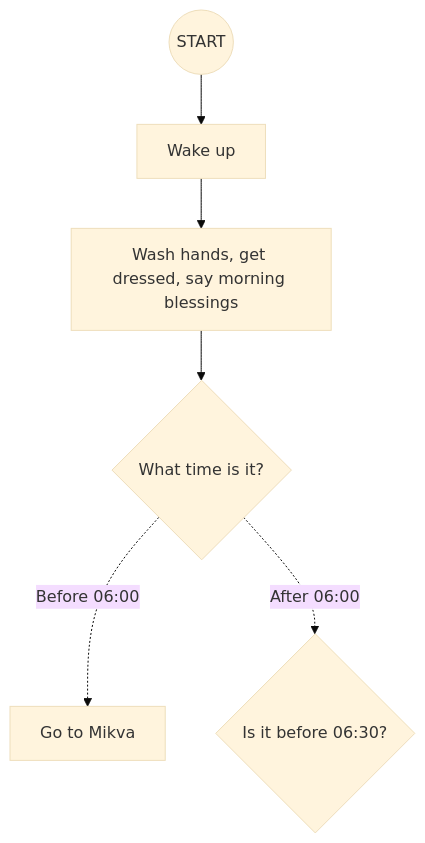
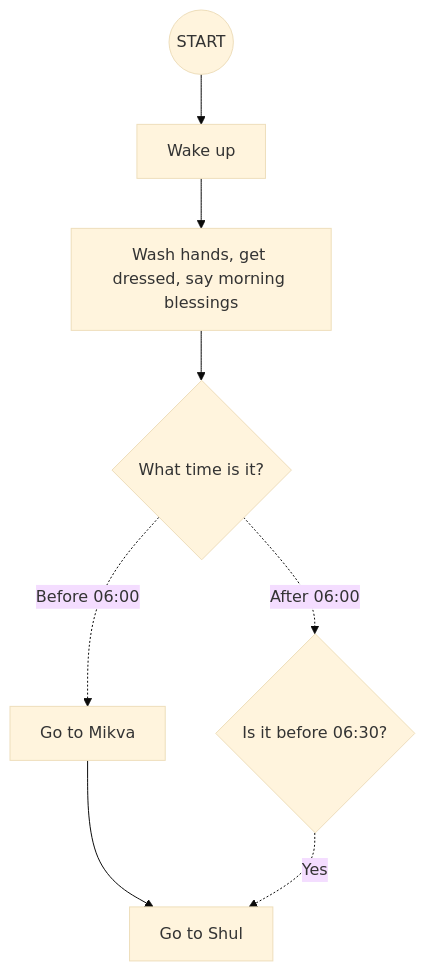
The diagram in Morning_Schedule_Flowchart.md (yusale9/student-showcase), drawn with Mermaid (base theme) before and after one commit.

````diff
--- a/Morning_Schedule_Flowchart.md
+++ b/Morning_Schedule_Flowchart.md
@@ -2,9 +2,11 @@
 ```mermaid
 flowchart TD;
 
 A((START)) --> B[Wake up];
 B --> C[Wash hands, get dressed, say morning blessings];
 C --> D{What time is it?};
 D -.Before 06:00.-> E[Go to Mikva];
-D-.After 06:00.->F{Is it before 06:30?} 
+D-.After 06:00.->F{Is it before 06:30?};
+E-->G[Go to Shul];
+F-.Yes.->G;
 ```
````
